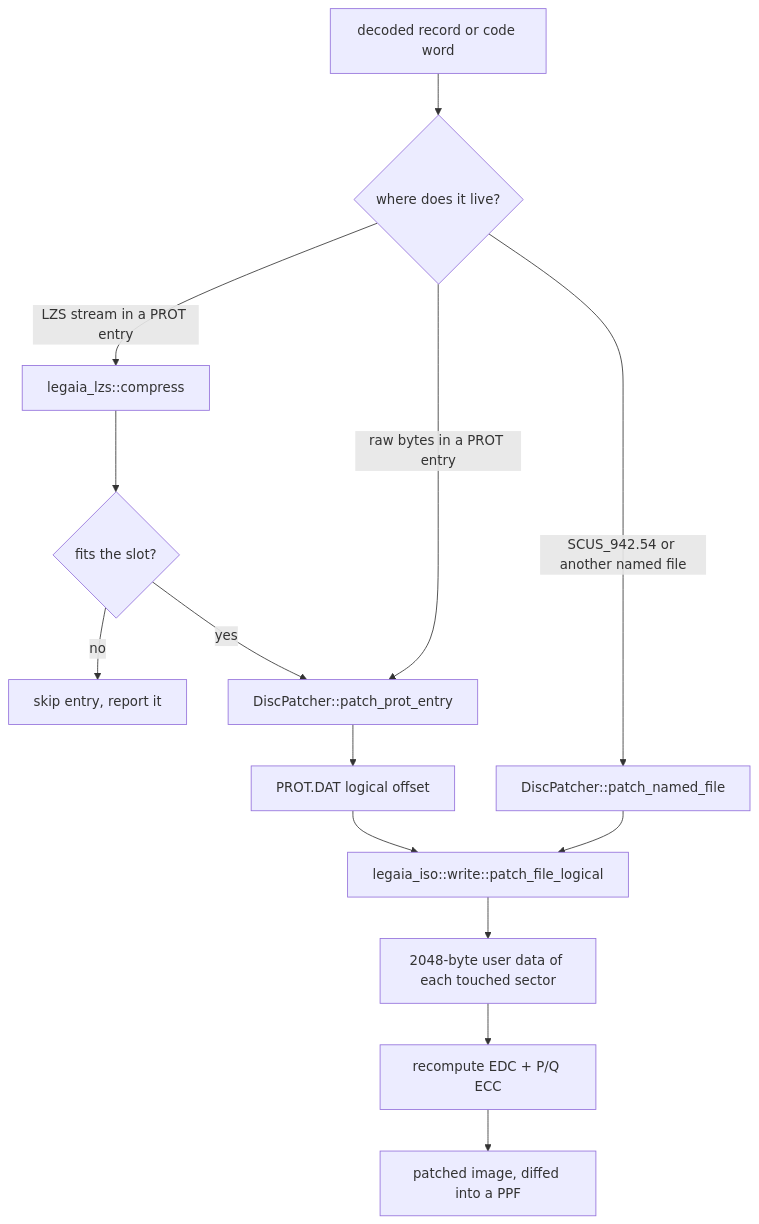
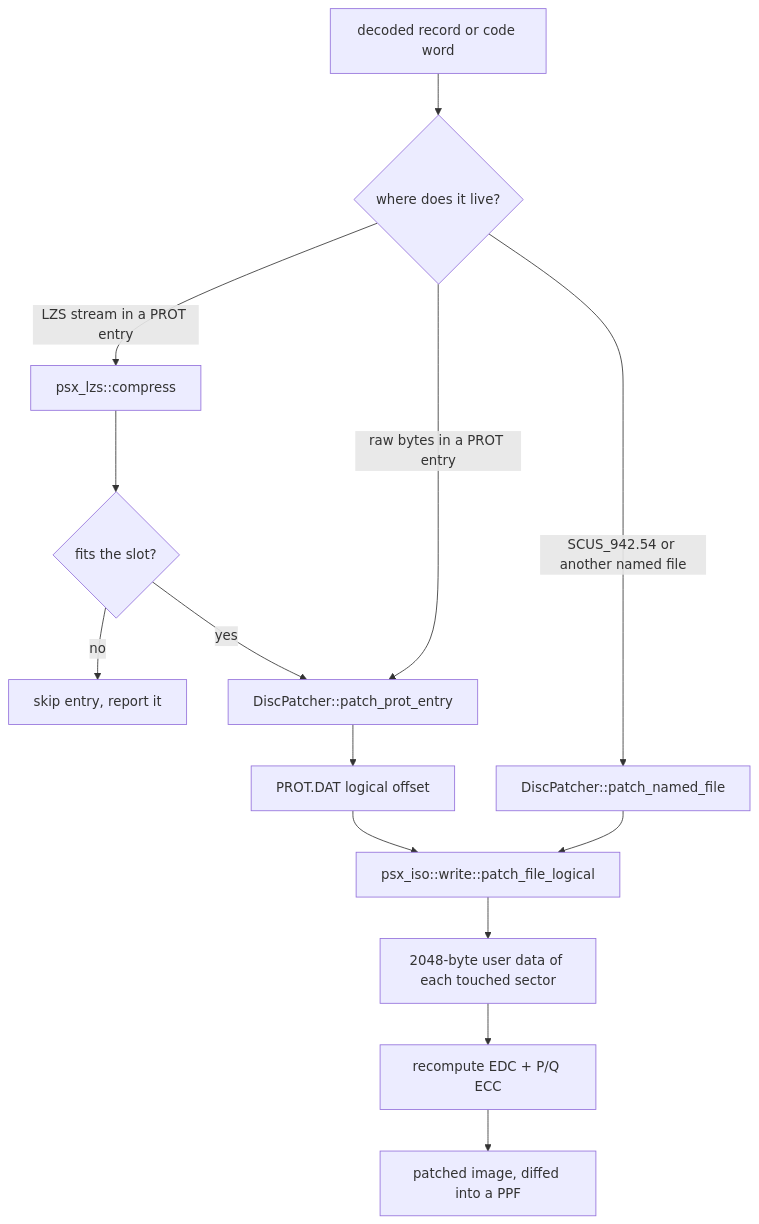
The first of 3 diagrams in docs/tooling/randomizer-internals.md (AndrewAltimit/legend-of-legaia-re), drawn with Mermaid before and after one commit. The commit also changed other lines of this file and 1129 other files, not shown here.

````diff
--- a/docs/tooling/randomizer-internals.md
+++ b/docs/tooling/randomizer-internals.md
@@ -17,16 +17,16 @@
 ```mermaid
 flowchart TD
     rec["decoded record or code word"] --> kind{"where does it live?"}
-    kind -->|"LZS stream in a PROT entry"| pack["legaia_lzs::compress"]
+    kind -->|"LZS stream in a PROT entry"| pack["psx_lzs::compress"]
     kind -->|"raw bytes in a PROT entry"| entry
     kind -->|"SCUS_942.54 or another named file"| scus["DiscPatcher::patch_named_file"]
     pack --> fit{"fits the slot?"}
     fit -->|"no"| skip["skip entry, report it"]
     fit -->|"yes"| entry["DiscPatcher::patch_prot_entry"]
     entry --> logical["PROT.DAT logical offset"]
-    scus --> iso["legaia_iso::write::patch_file_logical"]
+    scus --> iso["psx_iso::write::patch_file_logical"]
     logical --> iso
     iso --> sect["2048-byte user data of each touched sector"]
     sect --> ecc["recompute EDC + P/Q ECC"]
     ecc --> out["patched image, diffed into a PPF"]
 ```
````
